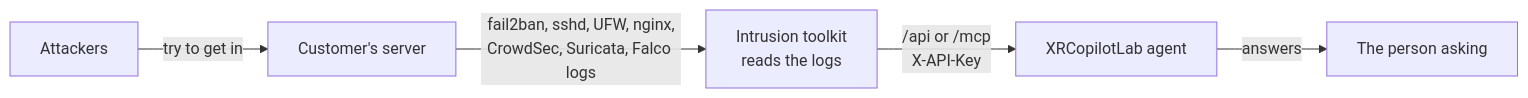
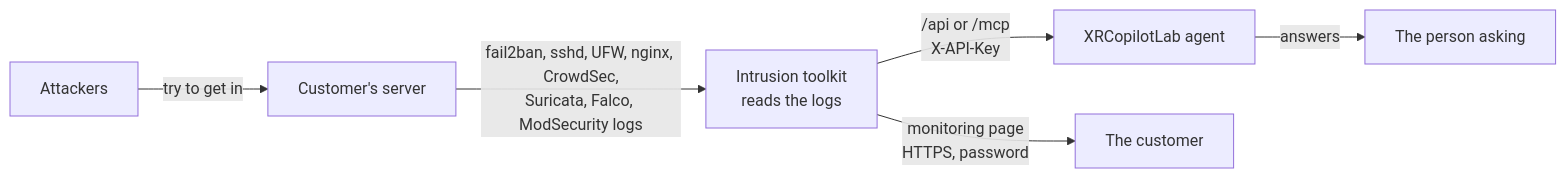
The first of 3 diagrams in README.md (hevolusinnovation/xrcopilotlab-intrusion-mcp), drawn with Mermaid before and after one commit. The commit also changed other lines of this file and 46 other files, not shown here.

First line of the commit message:
feat: ModSecurity + OWASP CRS, read-only monitoring page, posture/guardians tools, dynamic connection URL

````diff
--- a/README.md
+++ b/README.md
@@ -17,7 +18,8 @@
 ```mermaid
 flowchart LR
   A[Attackers] -->|try to get in| S[Customer's server]
-  S -->|fail2ban, sshd, UFW, nginx,<br/>CrowdSec, Suricata, Falco logs| T[Intrusion toolkit<br/>reads the logs]
+  S -->|fail2ban, sshd, UFW, nginx, CrowdSec,<br/>Suricata, Falco, ModSecurity logs| T[Intrusion toolkit<br/>reads the logs]
   T -->|/api or /mcp<br/>X-API-Key| X[XRCopilotLab agent]
+  T -->|monitoring page<br/>HTTPS, password| H[The customer]
   X -->|answers| P[The person asking]
 ```
````
